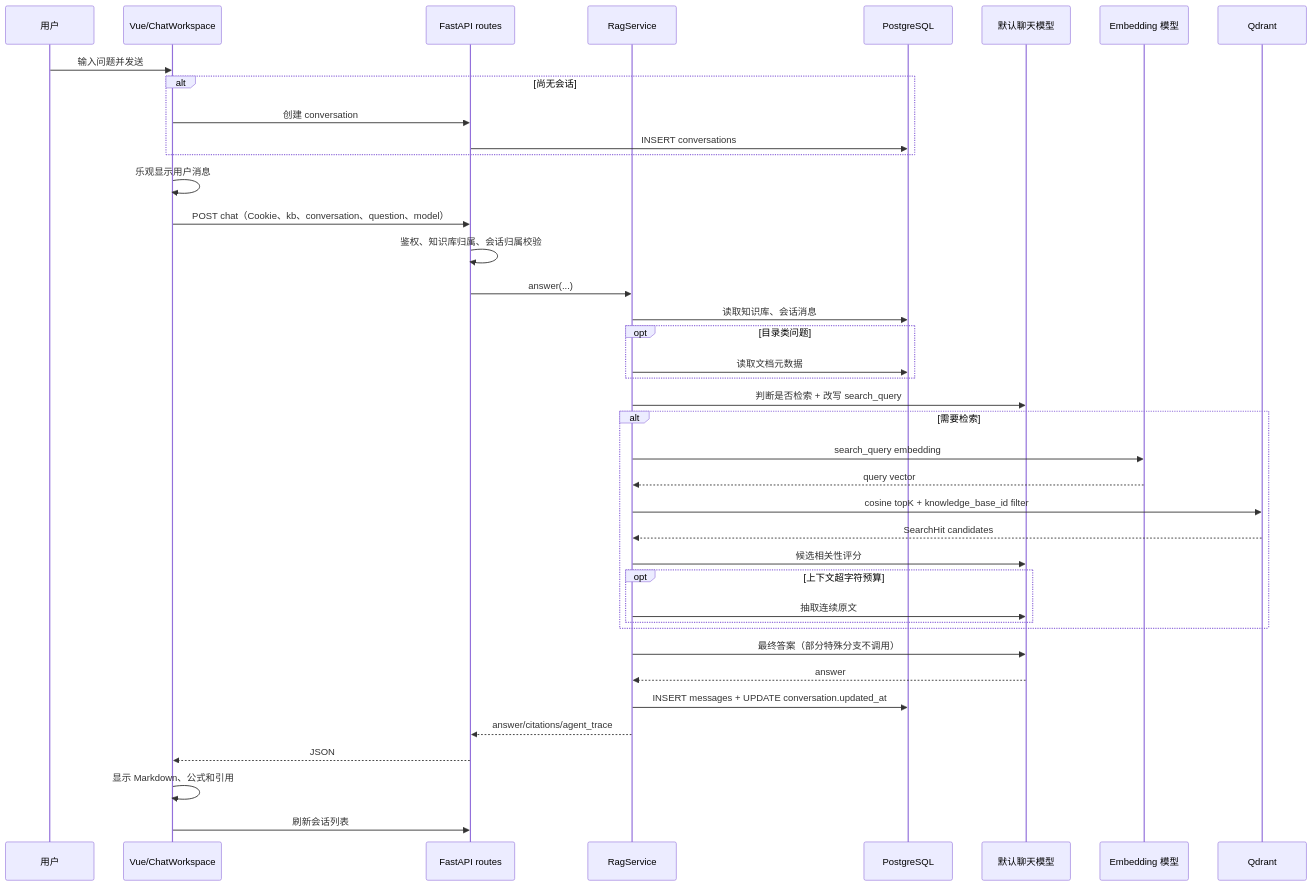
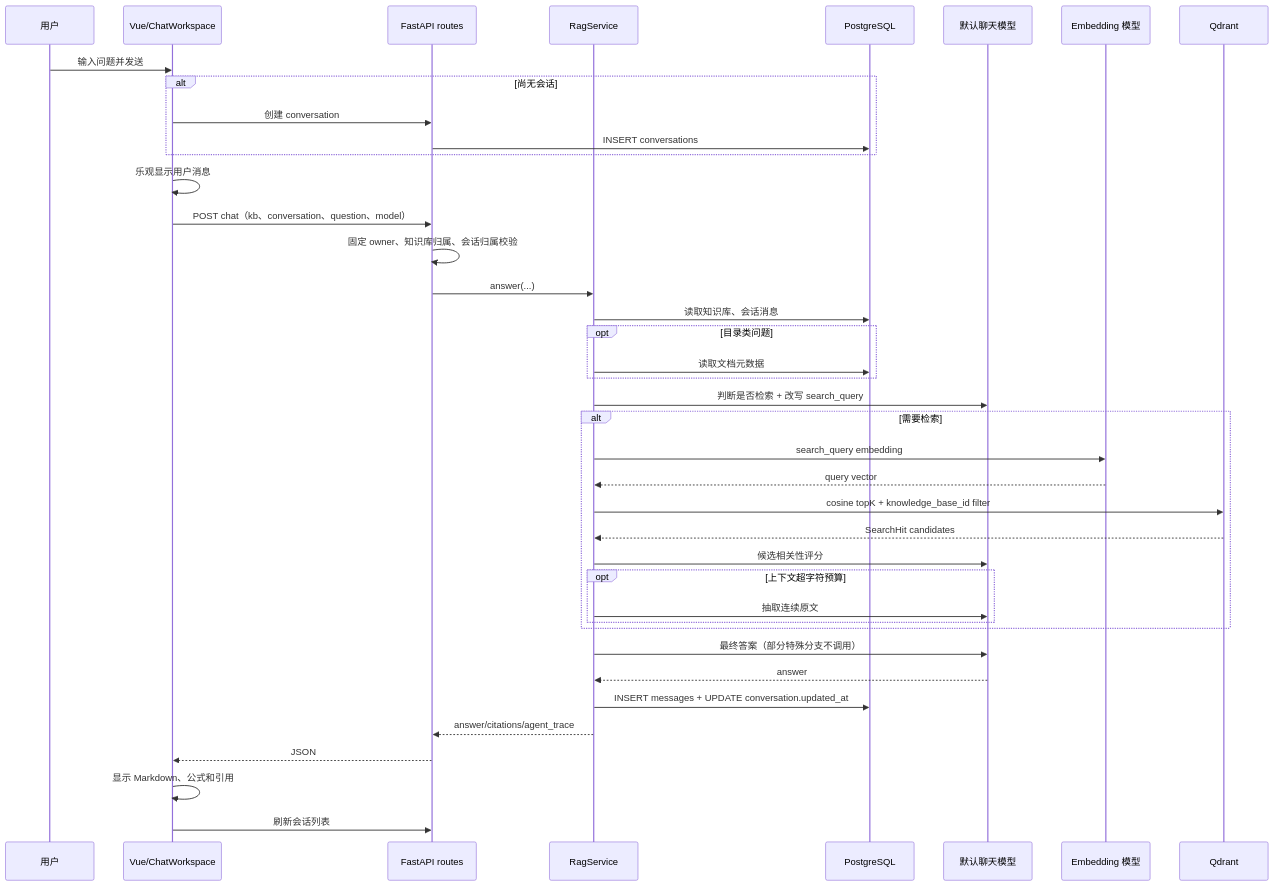
The third of 3 diagrams in docs/project-runtime-code-analysis.md (zhixiabei/RAG-), drawn with Mermaid before and after one commit. The commit also changed other lines of this file and 17 other files, not shown here.

````diff
--- a/docs/project-runtime-code-analysis.md
+++ b/docs/project-runtime-code-analysis.md
@@ -206,43 +206,43 @@
 ```mermaid
 sequenceDiagram
     participant U as 用户
     participant V as Vue/ChatWorkspace
     participant A as FastAPI routes
     participant R as RagService
     participant P as PostgreSQL
     participant M as 默认聊天模型
     participant E as Embedding 模型
     participant Q as Qdrant
 
     U->>V: 输入问题并发送
     alt 尚无会话
         V->>A: 创建 conversation
         A->>P: INSERT conversations
     end
     V->>V: 乐观显示用户消息
-    V->>A: POST chat（Cookie、kb、conversation、question、model）
-    A->>A: 鉴权、知识库归属、会话归属校验
+    V->>A: POST chat（kb、conversation、question、model）
+    A->>A: 固定 owner、知识库归属、会话归属校验
     A->>R: answer(...)
     R->>P: 读取知识库、会话消息
     opt 目录类问题
         R->>P: 读取文档元数据
     end
     R->>M: 判断是否检索 + 改写 search_query
     alt 需要检索
         R->>E: search_query embedding
         E-->>R: query vector
         R->>Q: cosine topK + knowledge_base_id filter
         Q-->>R: SearchHit candidates
         R->>M: 候选相关性评分
         opt 上下文超字符预算
             R->>M: 抽取连续原文
         end
     end
     R->>M: 最终答案（部分特殊分支不调用）
     M-->>R: answer
     R->>P: INSERT messages + UPDATE conversation.updated_at
     R-->>A: answer/citations/agent_trace
     A-->>V: JSON
     V->>V: 显示 Markdown、公式和引用
     V->>A: 刷新会话列表
 ```
````
